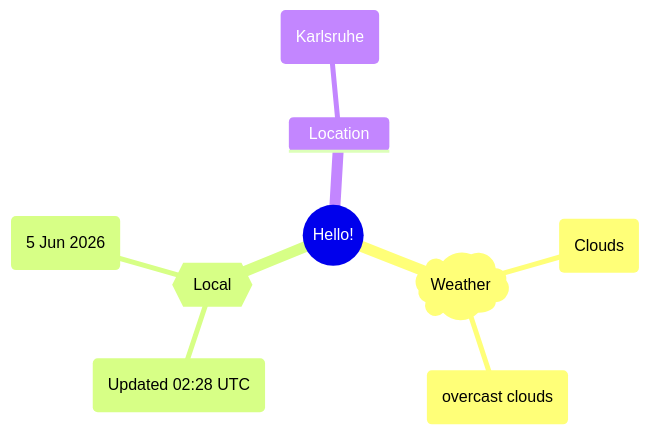
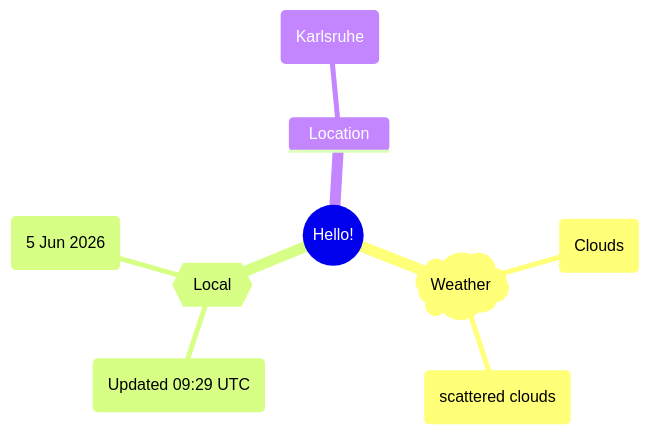
The first of 2 diagrams in README.md (Xosrov/Xosrov), drawn with Mermaid before and after one commit.

Commit message:
[bot] updated images

````diff
--- a/README.md
+++ b/README.md
@@ -3,12 +3,12 @@
 ```mermaid
 mindmap
   root((Hello!))
     )Weather(
         (Clouds)
-        (overcast clouds)
+        (scattered clouds)
     {{Local}}
-        (Updated 02:28 UTC)
+        (Updated 09:29 UTC)
         (5 Jun 2026)
     Location
         (Karlsruhe)
 ```
````
